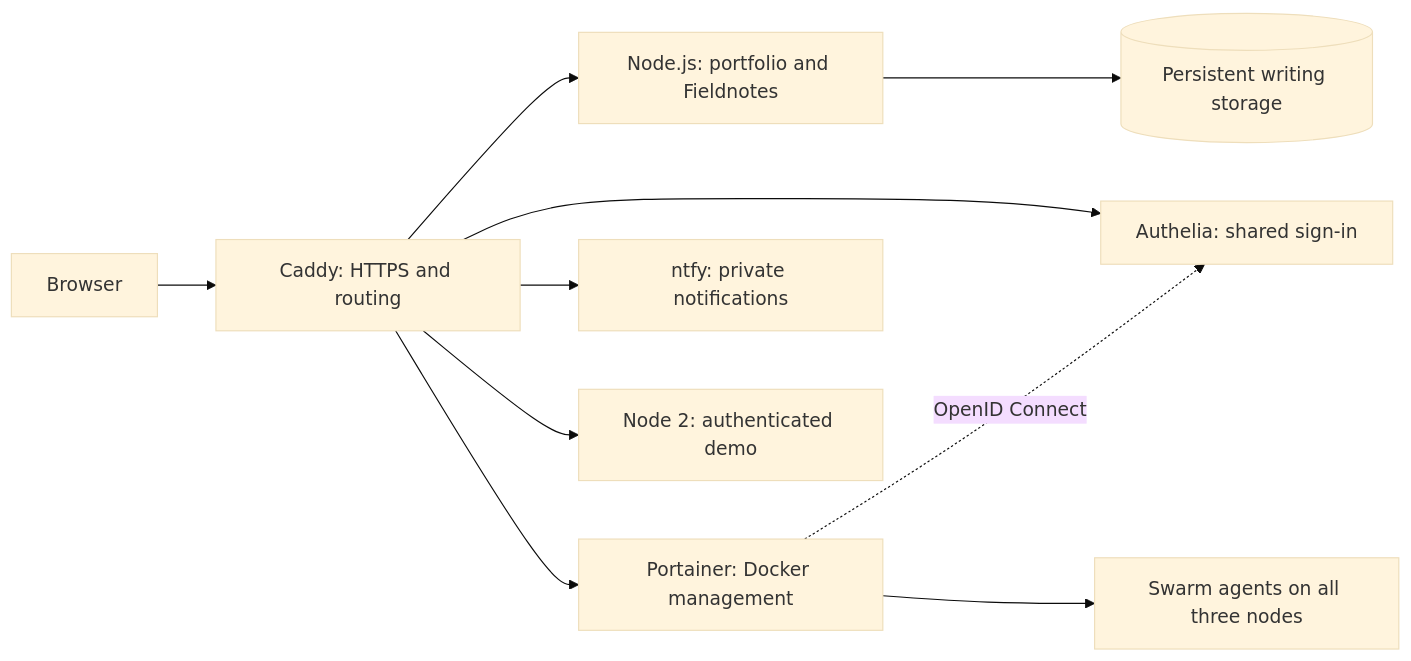
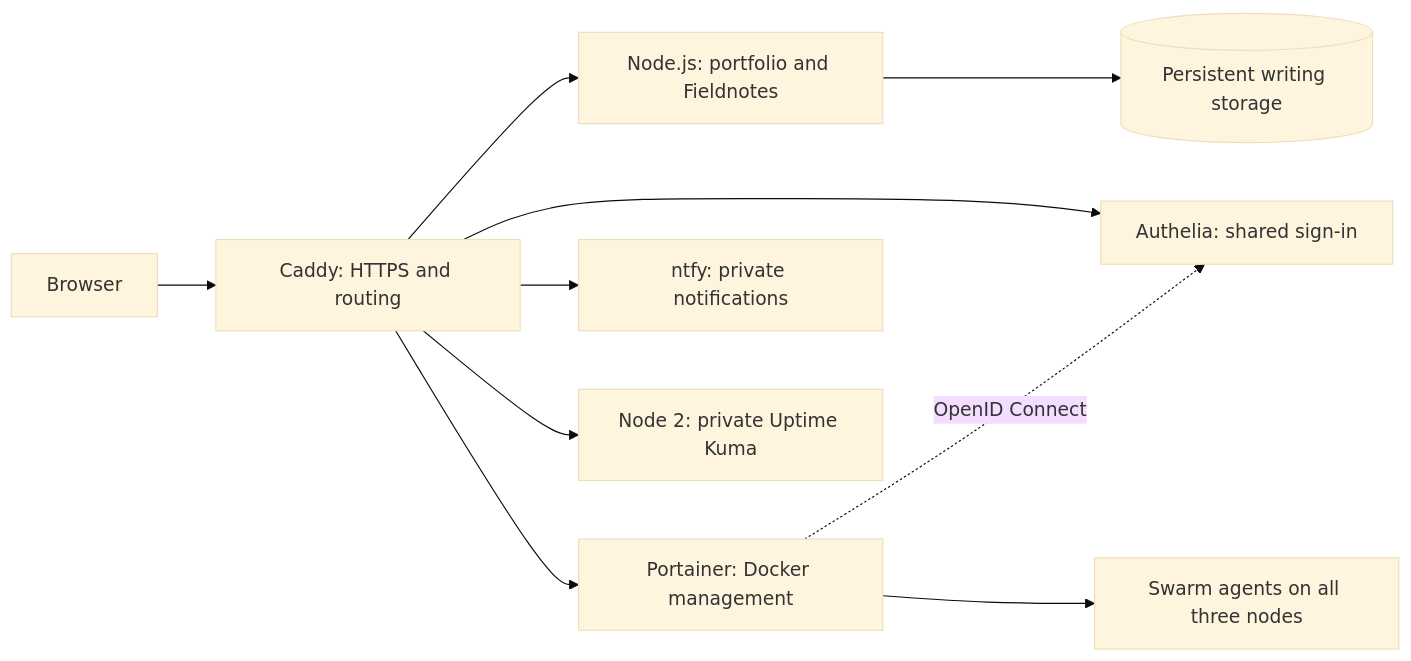
One commit to RithvikRS/Portfolio-website changed the diagram in README.md. Above: the diagram before and after it, drawn with Mermaid (base theme). The commit also changed other lines of this file and 8 other files, not shown here.

Commit message:
chore(swarm): retire the node 2 demo service

````diff
--- a/README.md
+++ b/README.md
@@ -27,12 +27,12 @@
 ```mermaid
 flowchart LR
     browser[Browser] --> caddy[Caddy: HTTPS and routing]
     caddy --> app[Node.js: portfolio and Fieldnotes]
     caddy --> auth[Authelia: shared sign-in]
     caddy --> portainer[Portainer: Docker management]
     caddy --> ntfy[ntfy: private notifications]
-    caddy --> worker[Node 2: authenticated demo]
+    caddy --> worker[Node 2: private Uptime Kuma]
     portainer --> agents[Swarm agents on all three nodes]
     portainer -. OpenID Connect .-> auth
     app --> notes[(Persistent writing storage)]
 ```
````
